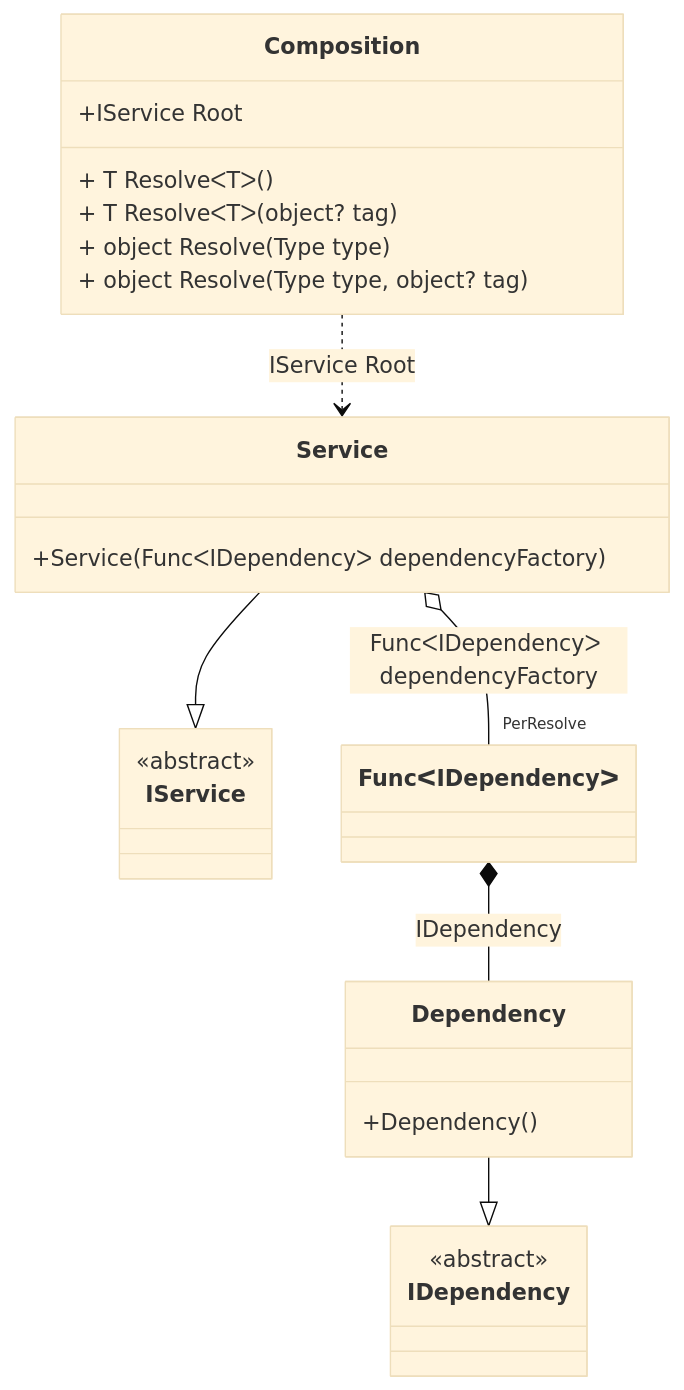
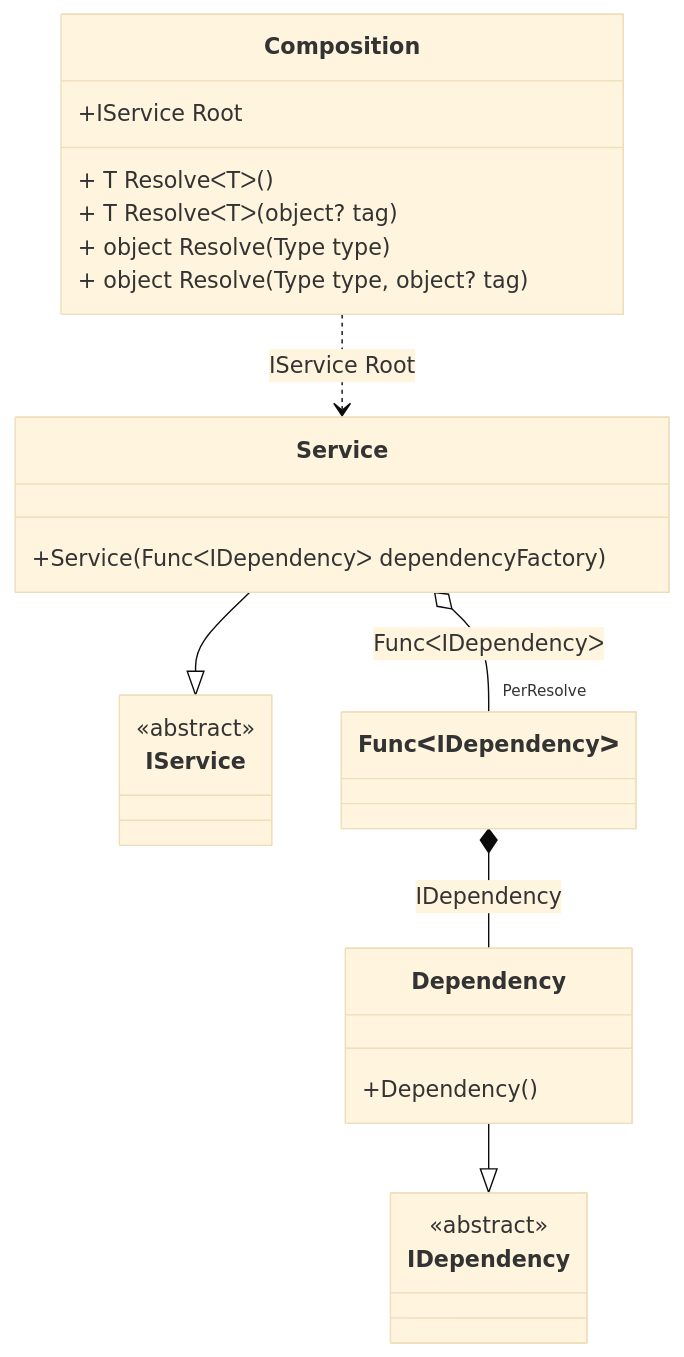
Before and after one commit to DevTeam/Pure.DI: the diagram in readme/func.md, drawn with Mermaid (base theme). The commit also changed other lines of this file and 84 other files, not shown here.

````diff
--- a/readme/func.md
+++ b/readme/func.md
@@ -40,28 +40,28 @@
 ```mermaid
 classDiagram
   class Composition {
     +IService Root
     + T ResolveᐸTᐳ()
     + T ResolveᐸTᐳ(object? tag)
     + object Resolve(Type type)
     + object Resolve(Type type, object? tag)
   }
   Service --|> IService : 
   class Service {
     +Service(FuncᐸIDependencyᐳ dependencyFactory)
   }
   Dependency --|> IDependency : 
   class Dependency {
     +Dependency()
   }
   class FuncᐸIDependencyᐳ
   class IService {
     <<abstract>>
   }
   class IDependency {
     <<abstract>>
   }
-  Service o--  "PerResolve" FuncᐸIDependencyᐳ : FuncᐸIDependencyᐳ dependencyFactory
+  Service o--  "PerResolve" FuncᐸIDependencyᐳ : FuncᐸIDependencyᐳ
   Composition ..> Service : IService Root
   FuncᐸIDependencyᐳ *--  Dependency : IDependency
 ```
````
